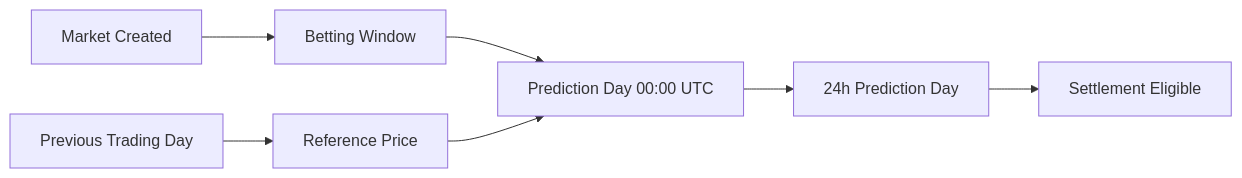
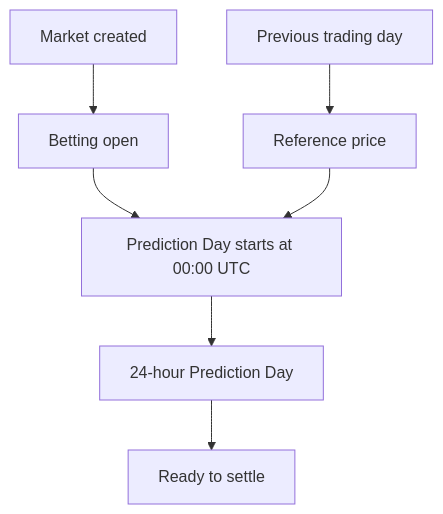
The second of 4 diagrams in README.md (jason4185/vektor), drawn with Mermaid before and after one commit. The commit also changed other lines of this file and 4 other files, not shown here.

````diff
--- a/README.md
+++ b/README.md
@@ -116,9 +108,9 @@
 ```mermaid
-flowchart LR
-    P[Previous Trading Day] --> R[Reference Price]
-    C[Market Created] --> B[Betting Window]
-    B --> T[Prediction Day 00:00 UTC]
-    R --> T
-    T --> O[24h Prediction Day]
-    O --> E[Settlement Eligible]
+flowchart TD
+    A[Previous trading day] --> B[Reference price]
+    C[Market created] --> D[Betting open]
+    D --> E[Prediction Day starts at 00:00 UTC]
+    B --> E
+    E --> F[24-hour Prediction Day]
+    F --> G[Ready to settle]
 ```
````
